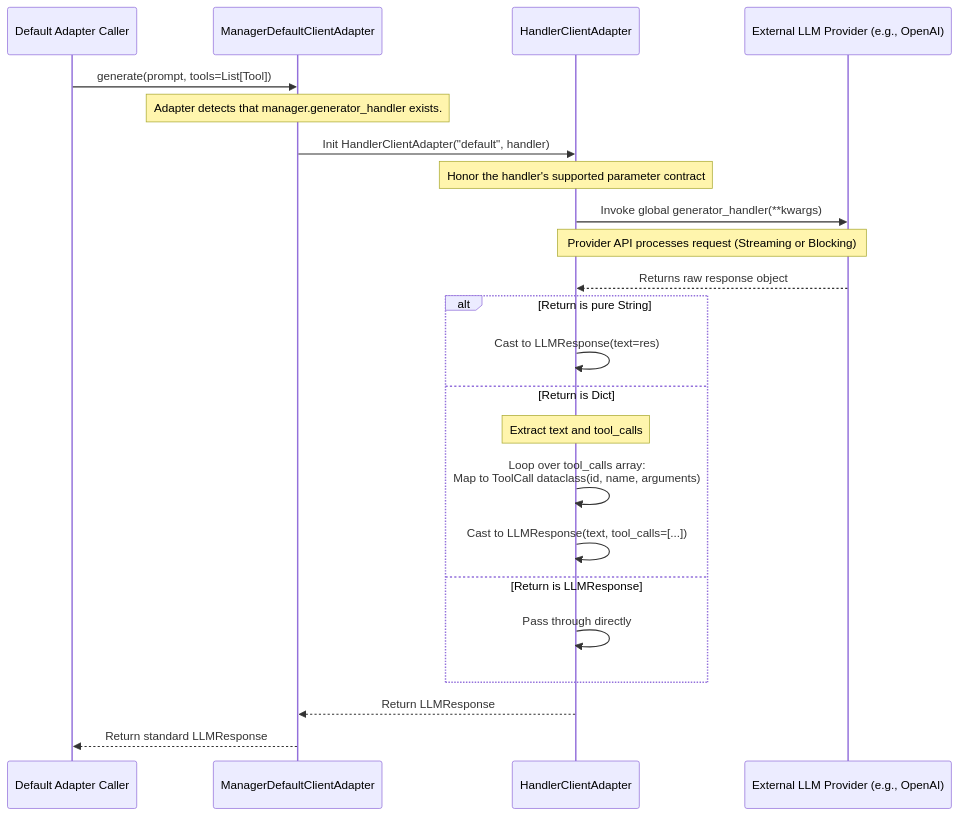
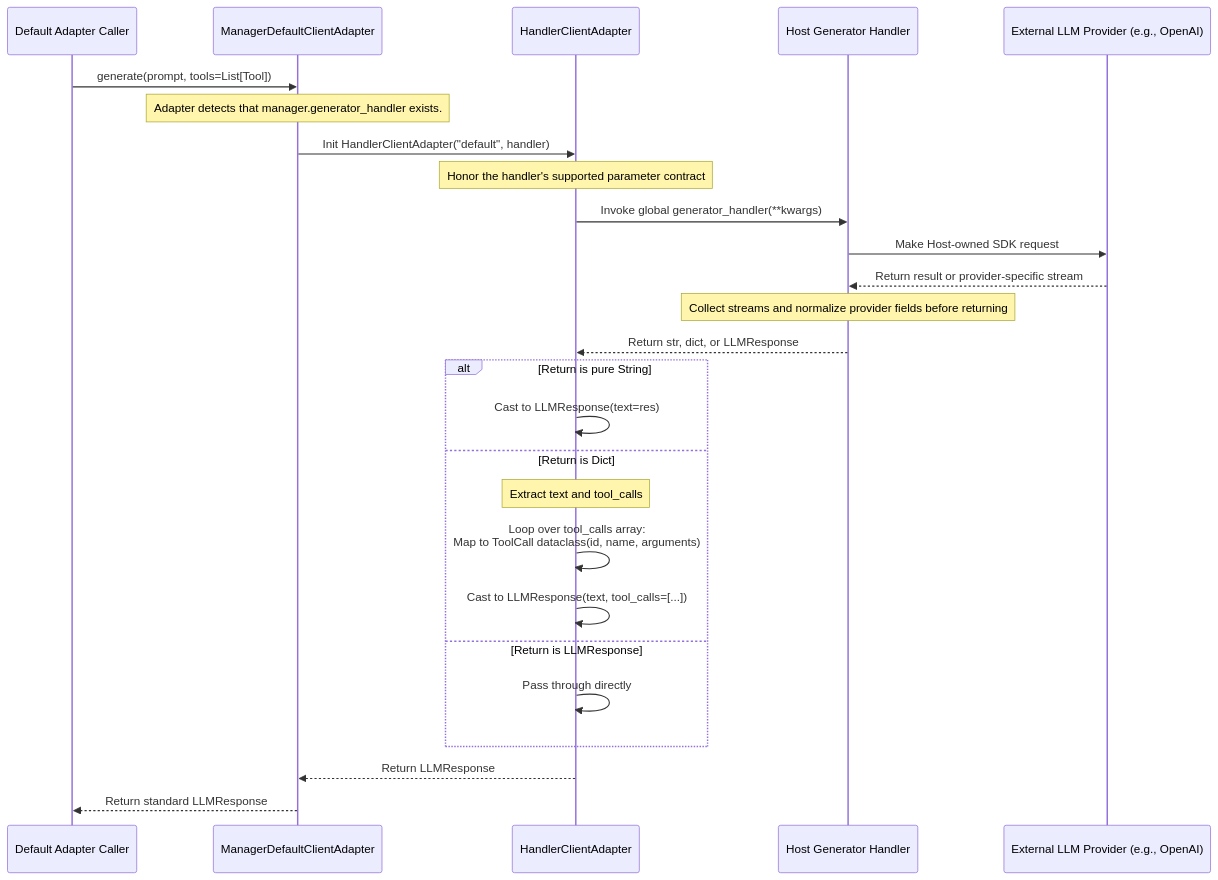
One commit to AI-Team-Team/AI-Team-Team changed the first of 3 diagrams in docs/flowcharts/Tooling_and_Execution.md. Above: the diagram before and after it, drawn with Mermaid. The commit also changed other lines of this file and 225 other files, not shown here.

````diff
--- a/docs/flowcharts/Tooling_and_Execution.md
+++ b/docs/flowcharts/Tooling_and_Execution.md
@@ -11,33 +15,36 @@
 ```mermaid
 sequenceDiagram
     participant Agent as Default Adapter Caller
     participant Adapter as ManagerDefaultClientAdapter
     participant Handler as HandlerClientAdapter
+    participant Generator as Host Generator Handler
     participant Provider as External LLM Provider (e.g., OpenAI)
 
     Agent->>Adapter: generate(prompt, tools=List[Tool])
     
     Note over Adapter: Adapter detects that manager.generator_handler exists.
     Adapter->>Handler: Init HandlerClientAdapter("default", handler)
     
     Note over Handler: Honor the handler's supported parameter contract
     
-    Handler->>Provider: Invoke global generator_handler(**kwargs)
+    Handler->>Generator: Invoke global generator_handler(**kwargs)
+    Generator->>Provider: Make Host-owned SDK request
     
-    Note over Provider,Handler: Provider API processes request (Streaming or Blocking)
+    Provider-->>Generator: Return result or provider-specific stream
+    Note over Generator: Collect streams and normalize provider fields before returning
     
-    Provider-->>Handler: Returns raw response object
+    Generator-->>Handler: Return str, dict, or LLMResponse
     
     alt Return is pure String
         Handler->>Handler: Cast to LLMResponse(text=res)
     else Return is Dict
         Note over Handler: Extract text and tool_calls
         Handler->>Handler: Loop over tool_calls array:<br/>Map to ToolCall dataclass(id, name, arguments)
         Handler->>Handler: Cast to LLMResponse(text, tool_calls=[...])
     else Return is LLMResponse
         Handler->>Handler: Pass through directly
     end
     
     Handler-->>Adapter: Return LLMResponse
     Adapter-->>Agent: Return standard LLMResponse
 ```
````
